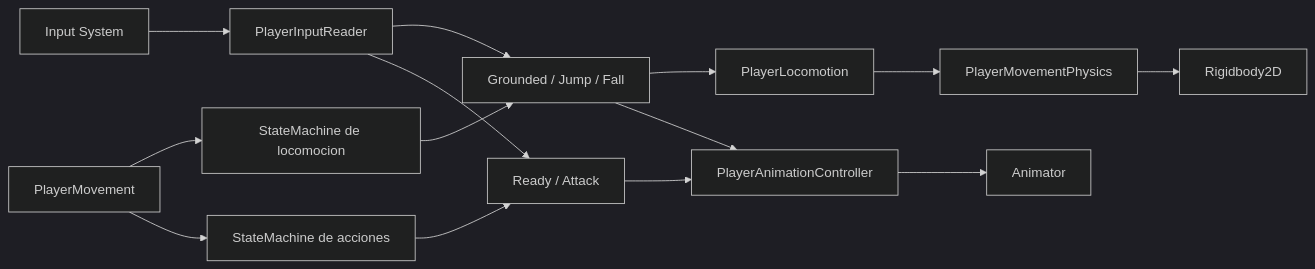
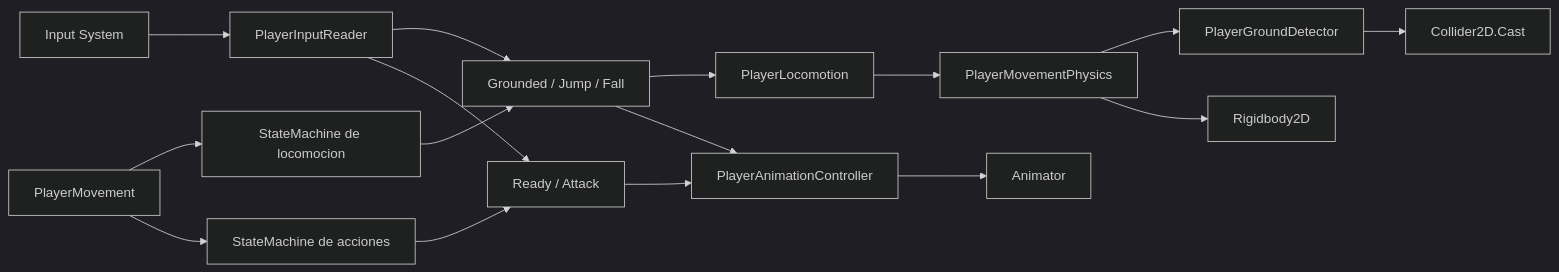
One commit to luc4s92/Parcial2-programacion changed the first of 2 diagrams in Assets/Scripts/Player/README.md. Above: the diagram before and after it, drawn with Mermaid (dark theme). The commit also changed other lines of this file and 13 other files, not shown here.

````diff
--- a/Assets/Scripts/Player/README.md
+++ b/Assets/Scripts/Player/README.md
@@ -9,16 +9,18 @@
 ```mermaid
 flowchart LR
     InputSystem[Input System] --> InputReader[PlayerInputReader]
     PlayerMovement[PlayerMovement] --> LocomotionMachine[StateMachine de locomocion]
     PlayerMovement --> ActionMachine[StateMachine de acciones]
     LocomotionMachine --> LocomotionState[Grounded / Jump / Fall]
     ActionMachine --> ActionState[Ready / Attack]
     InputReader --> LocomotionState
     InputReader --> ActionState
     LocomotionState --> Locomotion[PlayerLocomotion]
     Locomotion --> Physics[PlayerMovementPhysics]
+    Physics --> GroundDetector[PlayerGroundDetector]
+    GroundDetector --> BodyCollider[Collider2D.Cast]
     Physics --> Rigidbody[Rigidbody2D]
     LocomotionState --> Animation[PlayerAnimationController]
     ActionState --> Animation
     Animation --> Animator[Animator]
 ```
````
